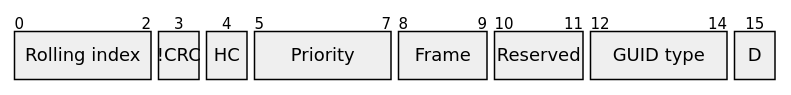
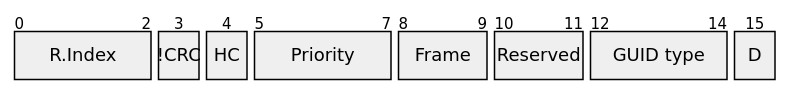
Before and after one commit to grodansparadis/vscp-doc-spec: the diagram in vscp_over_binary.md, drawn with Mermaid. The commit also changed other lines of this file, not shown here.

Commit message:
Changed index

````diff
--- a/vscp_over_binary.md
+++ b/vscp_over_binary.md
@@ -164,11 +163,11 @@
 ```mermaid
 packet
-  +3: "Rolling index"
+  +3: "R.Index"
   +1: "!CRC"
   +1: "HC"
   +3: "Priority"
   +2: "Frame"
   +2: "Reserved"
   +3: "GUID type"
   +1: "D"
 ```
````
